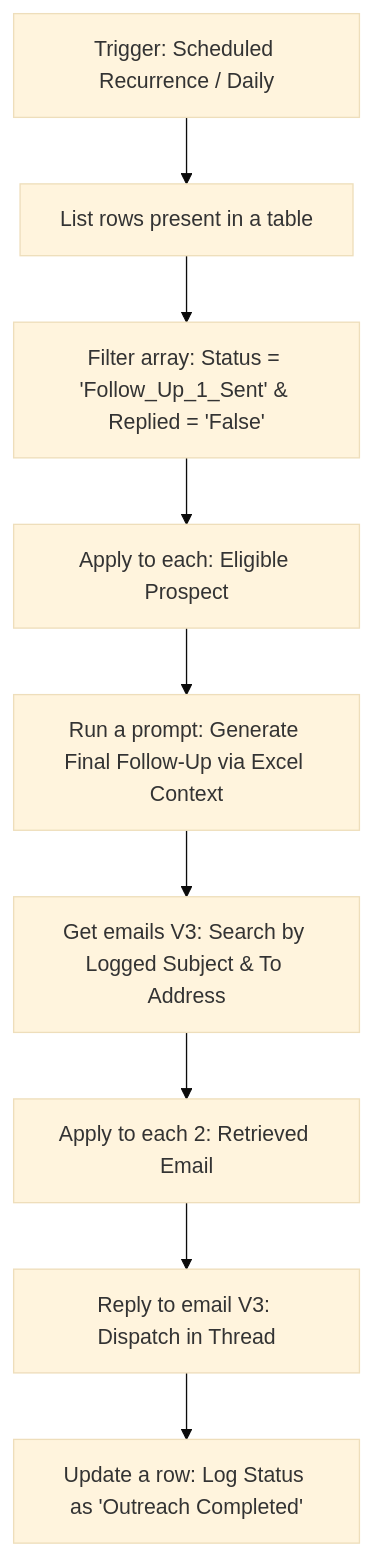
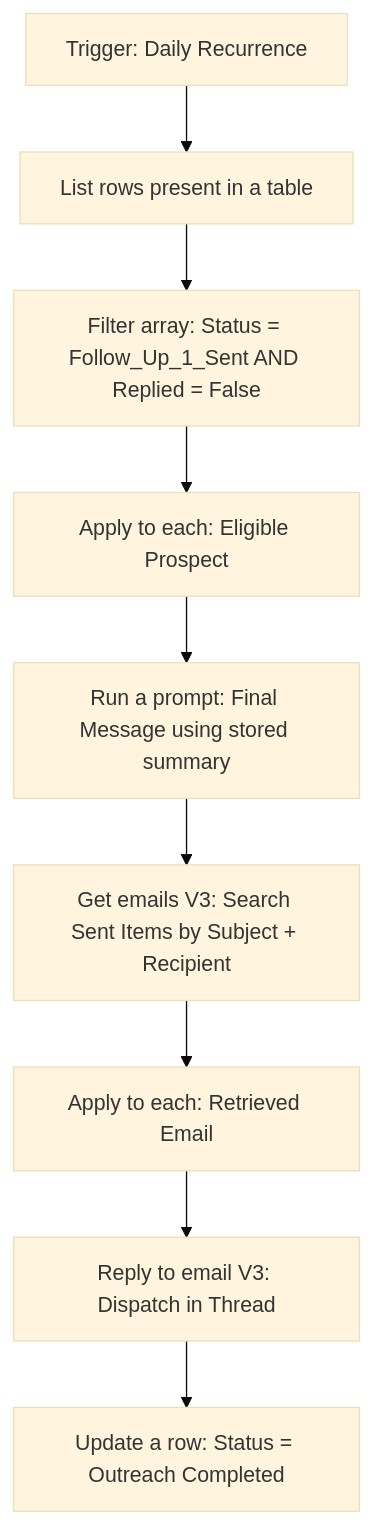
The diagram in 03_Second_Follow_Up_Final.md (adilshasrehman-source/enterprise-sales-automation), drawn with Mermaid (base theme) before and after one commit. The commit also changed other lines of this file, not shown here.

````diff
--- a/03_Second_Follow_Up_Final.md
+++ b/03_Second_Follow_Up_Final.md
@@ -8,13 +9,13 @@
 ```mermaid
 graph TD
-    A[Trigger: Scheduled Recurrence / Daily] --> B[List rows present in a table]
-    B --> C[Filter array: Status = 'Follow_Up_1_Sent' & Replied = 'False']
+    A[Trigger: Daily Recurrence] --> B[List rows present in a table]
+    B --> C[Filter array: Status = Follow_Up_1_Sent AND Replied = False]
     C --> D[Apply to each: Eligible Prospect]
-    
-    D --> E[Run a prompt: Generate Final Follow-Up via Excel Context]
-    E --> F[Get emails V3: Search by Logged Subject & To Address]
-    
-    F --> G[Apply to each 2: Retrieved Email]
+
+    D --> E[Run a prompt: Final Message using stored summary]
+    E --> F[Get emails V3: Search Sent Items by Subject + Recipient]
+
+    F --> G[Apply to each: Retrieved Email]
     G --> H[Reply to email V3: Dispatch in Thread]
-    H --> I[Update a row: Log Status as 'Outreach Completed']
+    H --> I[Update a row: Status = Outreach Completed]
 ```
````
